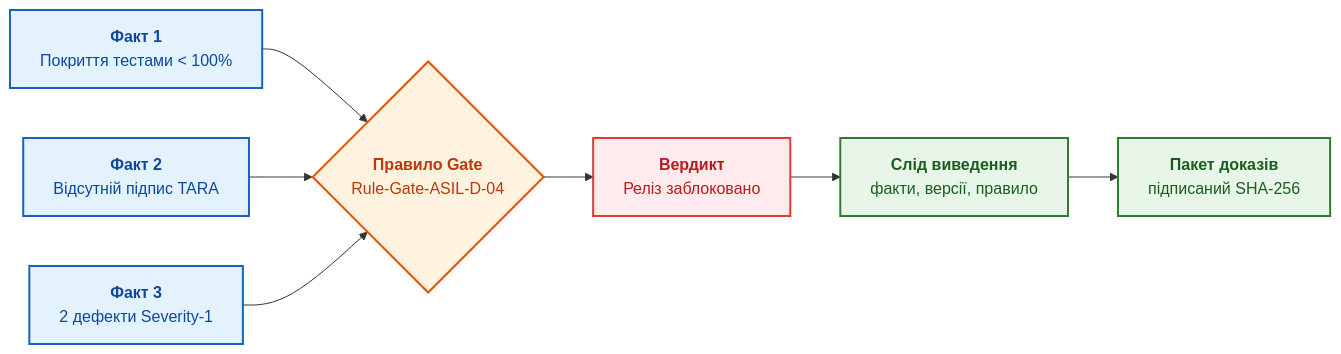
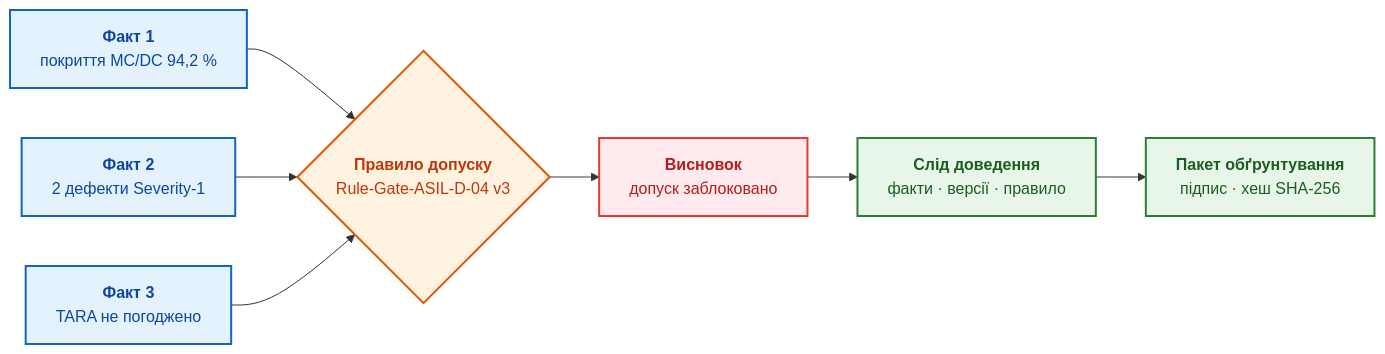
The third of 6 diagrams in ExpertSystem/ch03-beyond-reference-information-systems.md (nick-fedchik/articles), drawn with Mermaid before and after one commit. The commit also changed other lines of this file and 3 other files, not shown here.

````diff
--- a/ExpertSystem/ch03-beyond-reference-information-systems.md
+++ b/ExpertSystem/ch03-beyond-reference-information-systems.md
@@ -186,22 +186,22 @@
 ```mermaid
 flowchart LR
-    accTitle: Формування експертного висновку для Release Gate
-    accDescr: Вхідні перевірені факти передаються в правило готовності релізу, яке синтезує вердикт та підписаний пакет доказів.
+    accTitle: Висновок експертної системи про допуск прошивки до випробувань
+    accDescr: Три перевірені факти надходять до правила допуску. Правило формує висновок, висновок супроводжується слідом доведення, а слід доведення входить до підписаного пакета обґрунтування.
 
-    F1["<b>Факт 1</b><br/>Покриття тестами < 100%"] --> R{"<b>Правило Gate</b><br/>Rule-Gate-ASIL-D-04"}
-    F2["<b>Факт 2</b><br/>Відсутній підпис TARA"] --> R
-    F3["<b>Факт 3</b><br/>2 дефекти Severity-1"] --> R
-    R --> V["<b>Вердикт</b><br/>Реліз заблоковано"]
-    V --> T["<b>Слід виведення</b><br/>факти, версії, правило"]
-    T --> S["<b>Пакет доказів</b><br/>підписаний SHA-256"]
+    F1["<b>Факт 1</b><br/>покриття MC/DC 94,2 %"] --> R{"<b>Правило допуску</b><br/>Rule-Gate-ASIL-D-04 v3"}
+    F2["<b>Факт 2</b><br/>2 дефекти Severity-1"] --> R
+    F3["<b>Факт 3</b><br/>TARA не погоджено"] --> R
+    R --> V["<b>Висновок</b><br/>допуск заблоковано"]
+    V --> T["<b>Слід доведення</b><br/>факти · версії · правило"]
+    T --> S["<b>Пакет обґрунтування</b><br/>підпис · хеш SHA-256"]
 
     classDef fact fill:#e3f2fd,stroke:#1565c0,stroke-width:2px,color:#0d47a1;
     classDef rule fill:#fff3e0,stroke:#e65100,stroke-width:2px,color:#bf360c;
     classDef verdict fill:#ffebee,stroke:#e53935,stroke-width:2px,color:#b71c1c;
     classDef pack fill:#e8f5e9,stroke:#2e7d32,stroke-width:2px,color:#1b5e20;
 
     class F1,F2,F3 fact;
     class R rule;
     class V verdict;
     class T,S pack;
 ```
````
